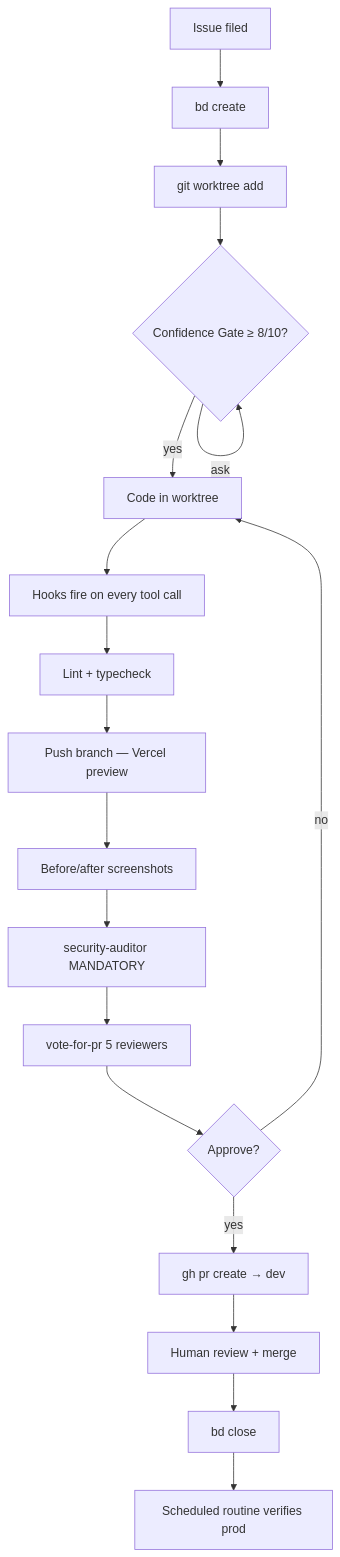
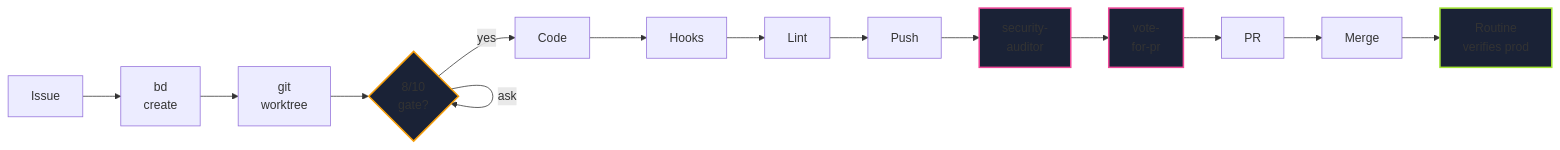
Before and after one commit to zanebarker-ops/claude-dev-toolkit: the first of 5 diagrams in demo/slides/slides.md, drawn with Mermaid. The commit also changed other lines of this file and 1 other file, not shown here.

````diff
--- a/demo/slides/slides.md
+++ b/demo/slides/slides.md
@@ -375,20 +592,21 @@
-```mermaid {scale: 0.55}
-flowchart TD
-  A[Issue filed] --> B[bd create]
-  B --> C[git worktree add]
-  C --> D{Confidence Gate ≥ 8/10?}
-  D -- ask --> D
-  D -- yes --> F[Code in worktree]
-  F --> G[Hooks fire on every tool call]
-  G --> I[Lint + typecheck]
-  I --> J[Push branch — Vercel preview]
-  J --> K[Before/after screenshots]
-  K --> L[security-auditor MANDATORY]
-  L --> M[vote-for-pr 5 reviewers]
-  M --> N{Approve?}
-  N -- no --> F
-  N -- yes --> O[gh pr create → dev]
-  O --> Q[Human review + merge]
-  Q --> R[bd close]
-  R --> S[Scheduled routine verifies prod]
+```mermaid
+flowchart LR
+  A[Issue] --> B[bd<br/>create]
+  B --> C[git<br/>worktree]
+  C --> D{8/10<br/>gate?}
+  D -->|ask| D
+  D -->|yes| F[Code]
+  F --> G[Hooks]
+  G --> I[Lint]
+  I --> J[Push]
+  J --> K[security-<br/>auditor]
+  K --> M[vote-<br/>for-pr]
+  M --> O[PR]
+  O --> Q[Merge]
+  Q --> R[Routine<br/>verifies prod]
+
+  style D fill:#1a2236,stroke:#f59e0b,stroke-width:2px
+  style K fill:#1a2236,stroke:#ef4899,stroke-width:2px
+  style M fill:#1a2236,stroke:#ef4899,stroke-width:2px
+  style R fill:#1a2236,stroke:#a3e635,stroke-width:2px
 ```
````
